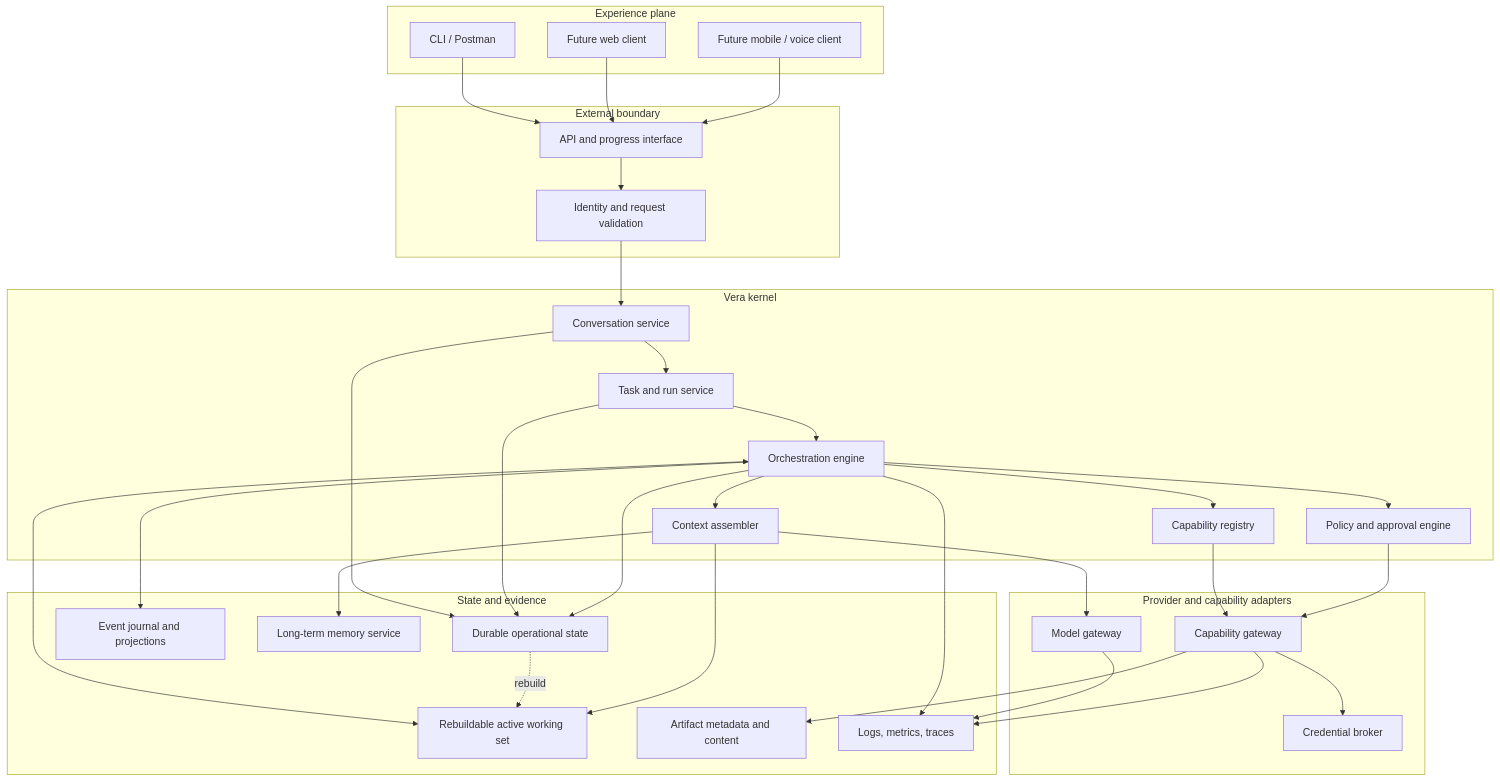
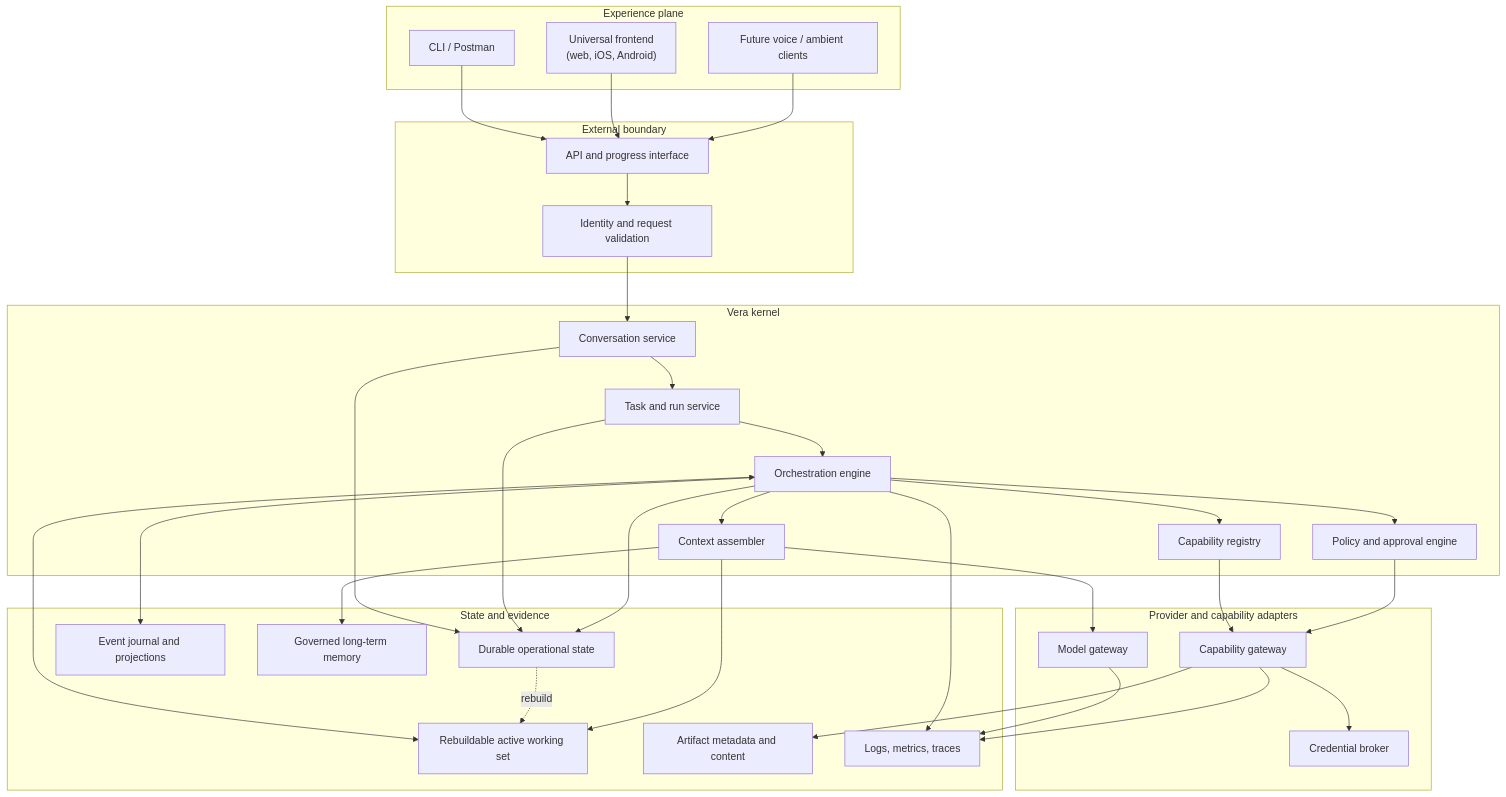
One commit to 4romgod/vera changed the second of 12 diagrams in docs/system-architecture.md. Above: the diagram before and after it, drawn with Mermaid. The commit also changed other lines of this file and 70 other files, not shown here.

Commit message:
feat(assistant): add governed memory and universal frontend (#17)

````diff
--- a/docs/system-architecture.md
+++ b/docs/system-architecture.md
@@ -76,63 +79,63 @@
 ```mermaid
 flowchart TB
     subgraph Experience["Experience plane"]
         CLI["CLI / Postman"]
-        WEB["Future web client"]
-        MOBILE["Future mobile / voice client"]
+        FRONTEND["Universal frontend<br/>(web, iOS, Android)"]
+        VOICE["Future voice / ambient clients"]
     end
 
     subgraph Boundary["External boundary"]
         API["API and progress interface"]
         ID["Identity and request validation"]
     end
 
     subgraph Kernel["Vera kernel"]
         CONV["Conversation service"]
         TASK["Task and run service"]
         ORCH["Orchestration engine"]
         POLICY["Policy and approval engine"]
         REG["Capability registry"]
         CONTEXT["Context assembler"]
     end
 
     subgraph Adapters["Provider and capability adapters"]
         MODEL["Model gateway"]
         CAP["Capability gateway"]
         CREDS["Credential broker"]
     end
 
     subgraph State["State and evidence"]
         OPS["Durable operational state"]
         WORK["Rebuildable active working set"]
         EVENTS["Event journal and projections"]
-        MEMORY["Long-term memory service"]
+        MEMORY["Governed long-term memory"]
         ART["Artifact metadata and content"]
         OBS["Logs, metrics, traces"]
     end
 
     CLI --> API
-    WEB --> API
-    MOBILE --> API
+    FRONTEND --> API
+    VOICE --> API
     API --> ID --> CONV
     CONV --> TASK --> ORCH
     ORCH --> CONTEXT
     ORCH --> POLICY
     ORCH --> REG
     CONTEXT --> MODEL
     REG --> CAP
     POLICY --> CAP
     CAP --> CREDS
 
     CONV --> OPS
     TASK --> OPS
     ORCH --> OPS
     ORCH <--> WORK
     OPS -. "rebuild" .-> WORK
     ORCH --> EVENTS
     CONTEXT --> WORK
     CONTEXT --> MEMORY
     CAP --> ART
     ORCH --> OBS
     MODEL --> OBS
     CAP --> OBS
 ```
````
